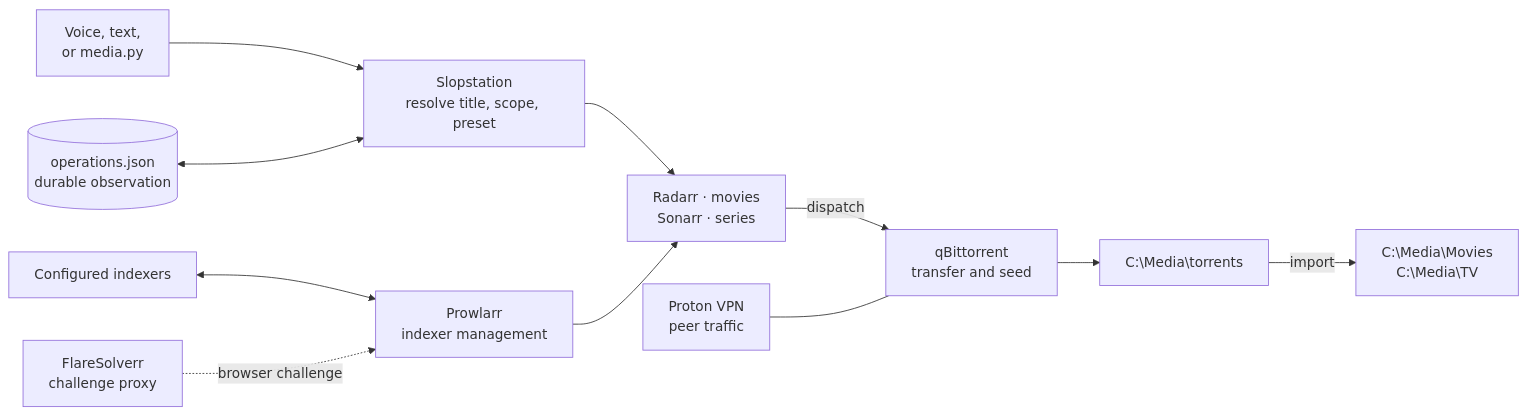
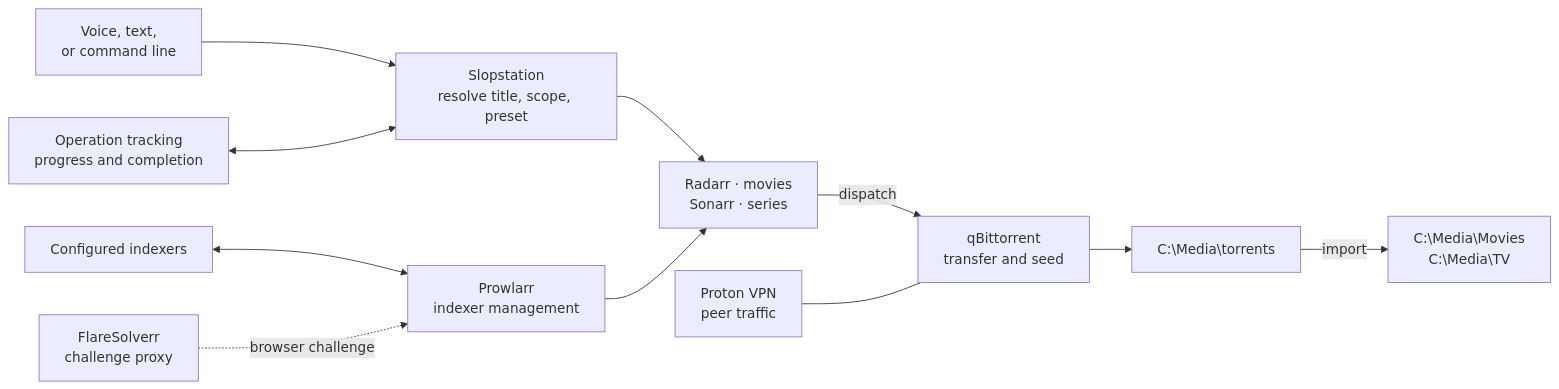
The diagram in k15/media/README.md (trillville/slopstation), drawn with Mermaid before and after one commit.

Commit message:
docs: clarify media interfaces and state

````diff
--- a/k15/media/README.md
+++ b/k15/media/README.md
@@ -9,14 +9,14 @@
 ```mermaid
 flowchart LR
-    request[Voice, text,<br/>or media.py] --> slop[Slopstation<br/>resolve title, scope, preset]
+    request[Voice, text,<br/>or command line] --> slop[Slopstation<br/>resolve title, scope, preset]
     slop --> managers[Radarr · movies<br/>Sonarr · series]
     managers -->|dispatch| qbit[qBittorrent<br/>transfer and seed]
     qbit --> torrents[C:\Media\torrents]
     torrents -->|import| libraries[C:\Media\Movies<br/>C:\Media\TV]
 
-    ops[(operations.json<br/>durable observation)] <--> slop
+    ops[Operation tracking<br/>progress and completion] <--> slop
     indexers[Configured indexers] <--> prowlarr[Prowlarr<br/>indexer management]
     flaresolverr[FlareSolverr<br/>challenge proxy] -. browser challenge .-> prowlarr
     prowlarr --> managers
     proton[Proton VPN<br/>peer traffic] --- qbit
 ```
````
